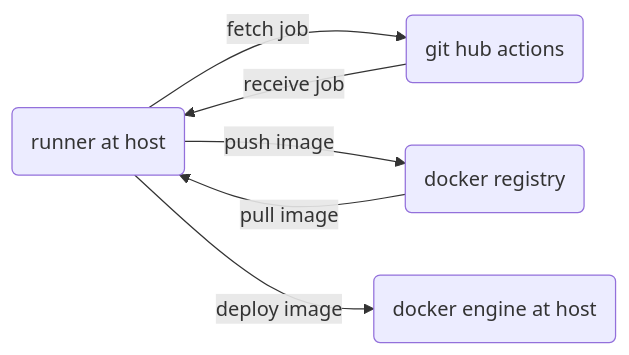
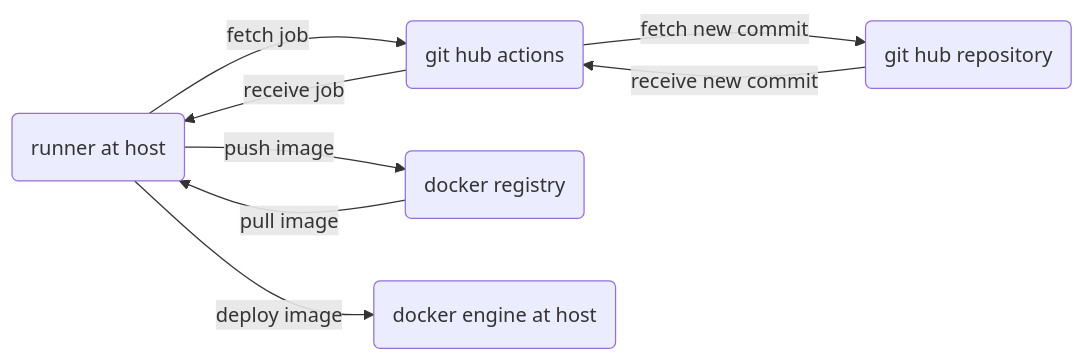
One commit to sauravdwivedi/GitHubActions changed the diagram in github-actions-docker-fullstack/README.md. Above: the diagram before and after it, drawn with Mermaid.

````diff
--- a/github-actions-docker-fullstack/README.md
+++ b/github-actions-docker-fullstack/README.md
@@ -7,12 +7,15 @@
 ```mermaid
 flowchart LR
     A(runner at host)
     B(git hub actions)
-    C(docker registry)
-    D(docker engine at host)
+    C(git hub repository)
+    D(docker registry)
+    E(docker engine at host)
     A --> |fetch job| B
+    B --> |fetch new commit| C
+    C --> |receive new commit| B
     B --> |receive job| A
-    A --> |push image| C
-    C --> |pull image| A
-    A --> |deploy image| D
+    A --> |push image| D
+    D --> |pull image| A
+    A --> |deploy image| E
 ```
````
